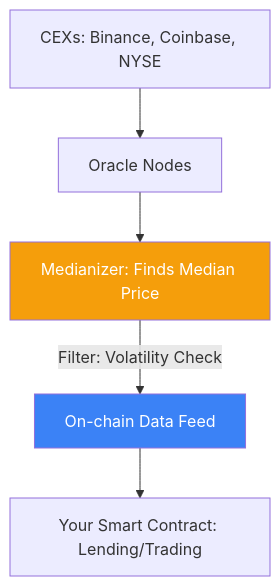
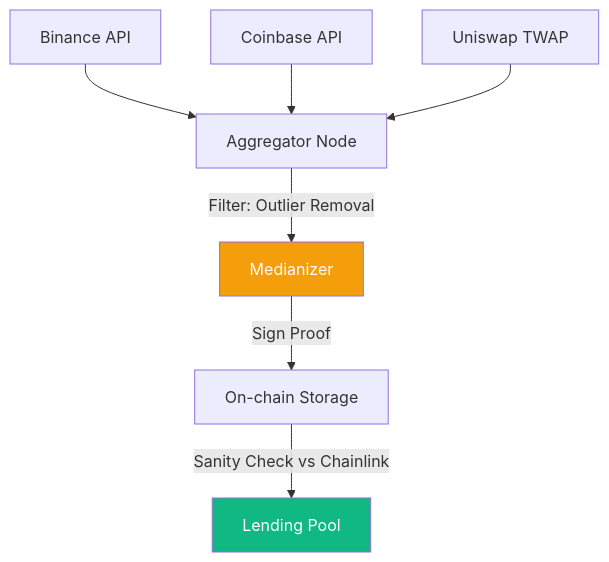
The diagram in obsidian-vault/en/finance/defi/oracle-design.md (russiankendricklamar/LLM-Wiki), drawn with Mermaid before and after one commit. The commit also changed other lines of this file and 23 other files, not shown here.

````diff
--- a/obsidian-vault/en/finance/defi/oracle-design.md
+++ b/obsidian-vault/en/finance/defi/oracle-design.md
@@ -55,10 +49,12 @@
 ```mermaid
 graph TD
-    Sources[CEXs: Binance, Coinbase, NYSE] --> Nodes[Oracle Nodes]
-    Nodes --> Agg[Medianizer: Finds Median Price]
-    Agg -->|Filter: Volatility Check| Storage[On-chain Data Feed]
-    Storage --> Logic[Your Smart Contract: Lending/Trading]
+    S1[Binance API] --> Agg[Aggregator Node]
+    S2[Coinbase API] --> Agg
+    S3[Uniswap TWAP] --> Agg
+    Agg -->|Filter: Outlier Removal| Med[Medianizer]
+    Med -->|Sign Proof| BC[On-chain Storage]
+    BC -->|Sanity Check vs Chainlink| Logic[Lending Pool]
     
-    style Agg fill:#f59e0b,color:#fff
-    style Storage fill:#3b82f6,color:#fff
+    style Med fill:#f59e0b,color:#fff
+    style Logic fill:#10b981,color:#fff
 ```
````
